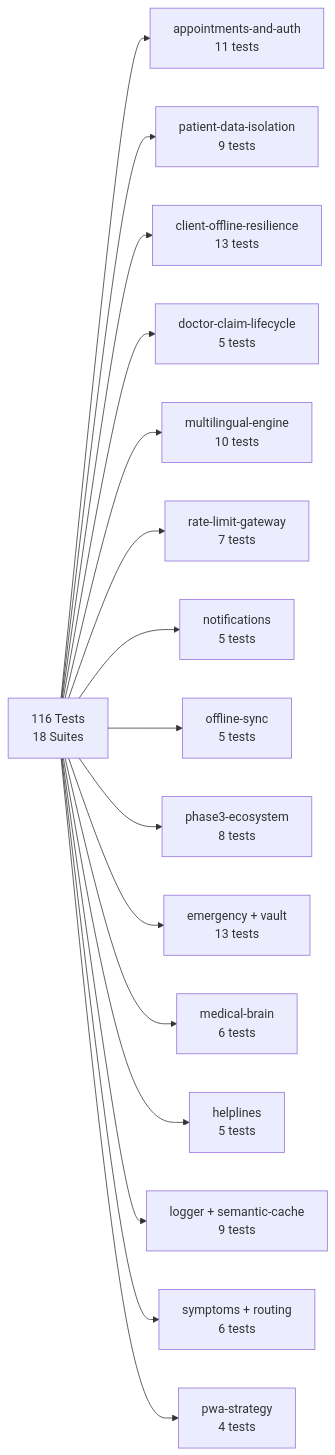
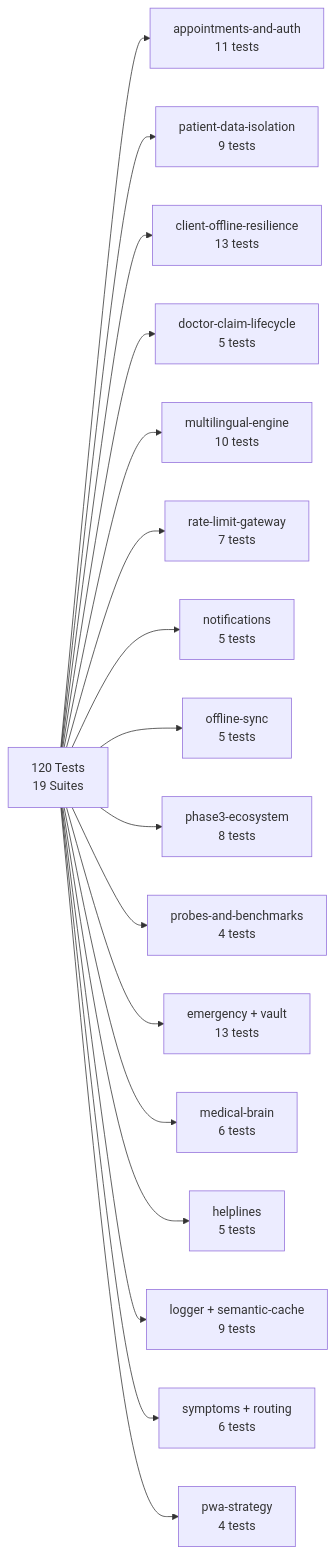
The ninth of 9 diagrams in README.md (Arnavshukla09/RURAL-HEALTHCARE-PLATFORM), drawn with Mermaid before and after one commit. The commit also changed other lines of this file and 6 other files, not shown here.

````diff
--- a/README.md
+++ b/README.md
@@ -568,18 +569,19 @@
 ```mermaid
 flowchart LR
-    T["116 Tests\n18 Suites"] --> A["appointments-and-auth\n11 tests"]
+    T["120 Tests\n19 Suites"] --> A["appointments-and-auth\n11 tests"]
     T --> B["patient-data-isolation\n9 tests"]
     T --> C["client-offline-resilience\n13 tests"]
     T --> D["doctor-claim-lifecycle\n5 tests"]
     T --> E["multilingual-engine\n10 tests"]
     T --> F["rate-limit-gateway\n7 tests"]
     T --> G["notifications\n5 tests"]
     T --> H["offline-sync\n5 tests"]
     T --> I["phase3-ecosystem\n8 tests"]
-    T --> J["emergency + vault\n13 tests"]
-    T --> K["medical-brain\n6 tests"]
-    T --> L["helplines\n5 tests"]
-    T --> M["logger + semantic-cache\n9 tests"]
-    T --> N["symptoms + routing\n6 tests"]
-    T --> O["pwa-strategy\n4 tests"]
+    T --> J["probes-and-benchmarks\n4 tests"]
+    T --> K["emergency + vault\n13 tests"]
+    T --> L["medical-brain\n6 tests"]
+    T --> M["helplines\n5 tests"]
+    T --> N["logger + semantic-cache\n9 tests"]
+    T --> O["symptoms + routing\n6 tests"]
+    T --> P["pwa-strategy\n4 tests"]
 ```
````
